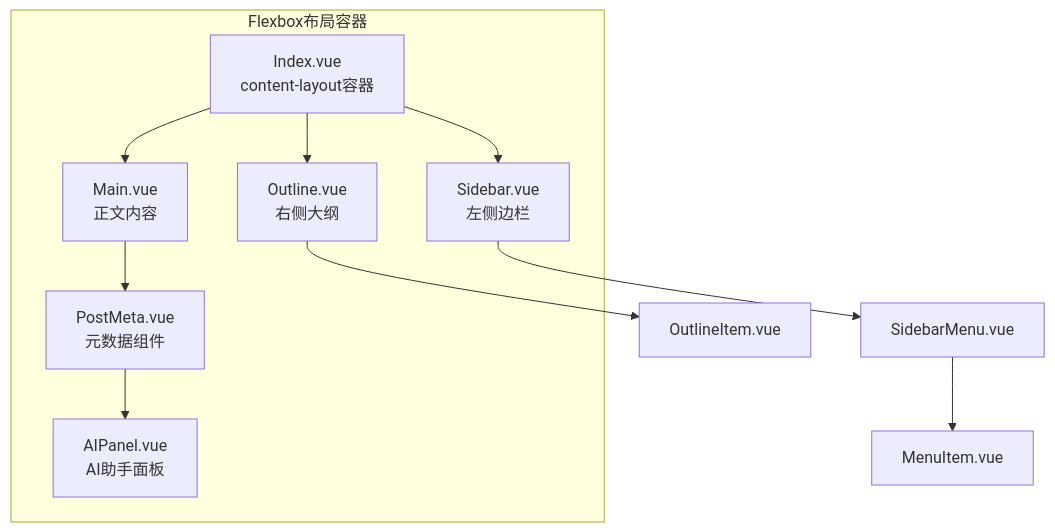
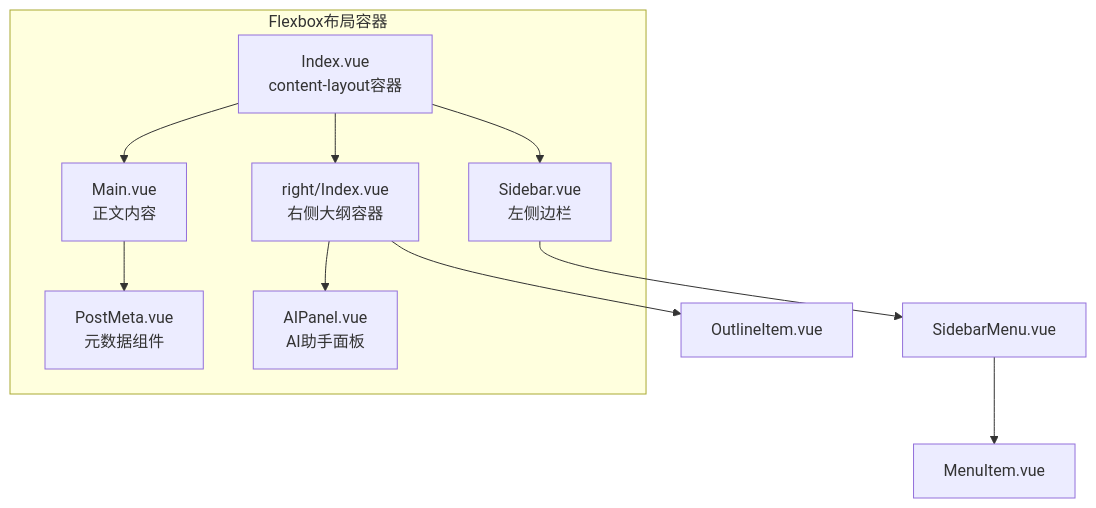
The first of 8 diagrams in .qoder/repowiki/zh/content/核心功能/UI 组件系统/内容组件.md (terwer/siyuan-plugin-blog), drawn with Mermaid before and after one commit. The commit also changed other lines of this file and 5 other files, not shown here.

````diff
--- a/.qoder/repowiki/zh/content/核心功能/UI 组件系统/内容组件.md
+++ b/.qoder/repowiki/zh/content/核心功能/UI 组件系统/内容组件.md
@@ -65,19 +61,19 @@
 ```mermaid
 graph TB
 subgraph "Flexbox布局容器"
 IDX["Index.vue<br/>content-layout容器"]
 L["Sidebar.vue<br/>左侧边栏"]
 M["Main.vue<br/>正文内容"]
-R["Outline.vue<br/>右侧大纲"]
+R["right/Index.vue<br/>右侧大纲容器"]
 PM["PostMeta.vue<br/>元数据组件"]
 AIP["AIPanel.vue<br/>AI助手面板"]
 end
 IDX --> L
 IDX --> M
 IDX --> R
 L --> SM["SidebarMenu.vue"]
 SM --> MI["MenuItem.vue"]
 M --> PM
-PM --> AIP
 R --> OI["OutlineItem.vue"]
+R --> AIP
 ```
````
